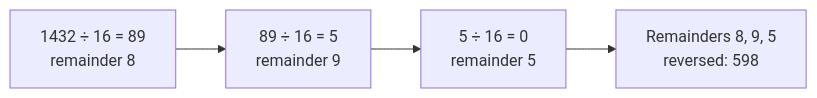
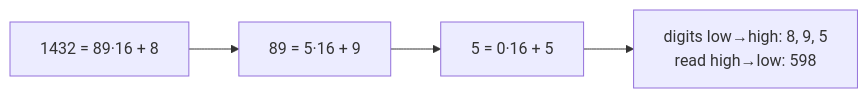
One commit to IhebBelhadj/second_brain changed the diagram in Areas/Data structures and algorithms/Foundations/Number base conversion.md. Above: the diagram before and after it, drawn with Mermaid. The commit also changed other lines of this file and 9 other files, not shown here.

````diff
--- a/Areas/Data structures and algorithms/Foundations/Number base conversion.md
+++ b/Areas/Data structures and algorithms/Foundations/Number base conversion.md
@@ -43,4 +33,4 @@
 ```mermaid
 flowchart LR
-    A["1432 ÷ 16 = 89<br/>remainder 8"] --> B["89 ÷ 16 = 5<br/>remainder 9"] --> C["5 ÷ 16 = 0<br/>remainder 5"] --> D["Remainders 8, 9, 5<br/>reversed: 598"]
+    A["1432 = 89·16 + 8"] --> B["89 = 5·16 + 9"] --> C["5 = 0·16 + 5"] --> D["digits low→high: 8, 9, 5<br/>read high→low: 598"]
 ```
````
